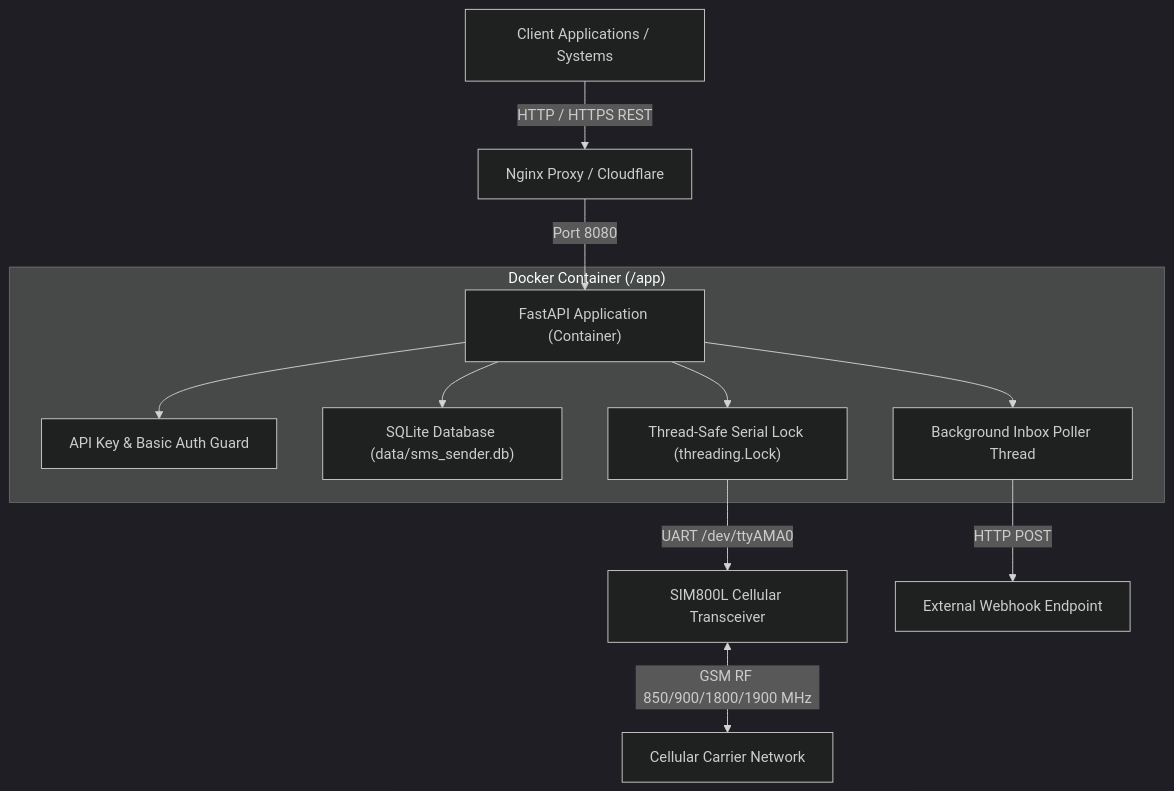
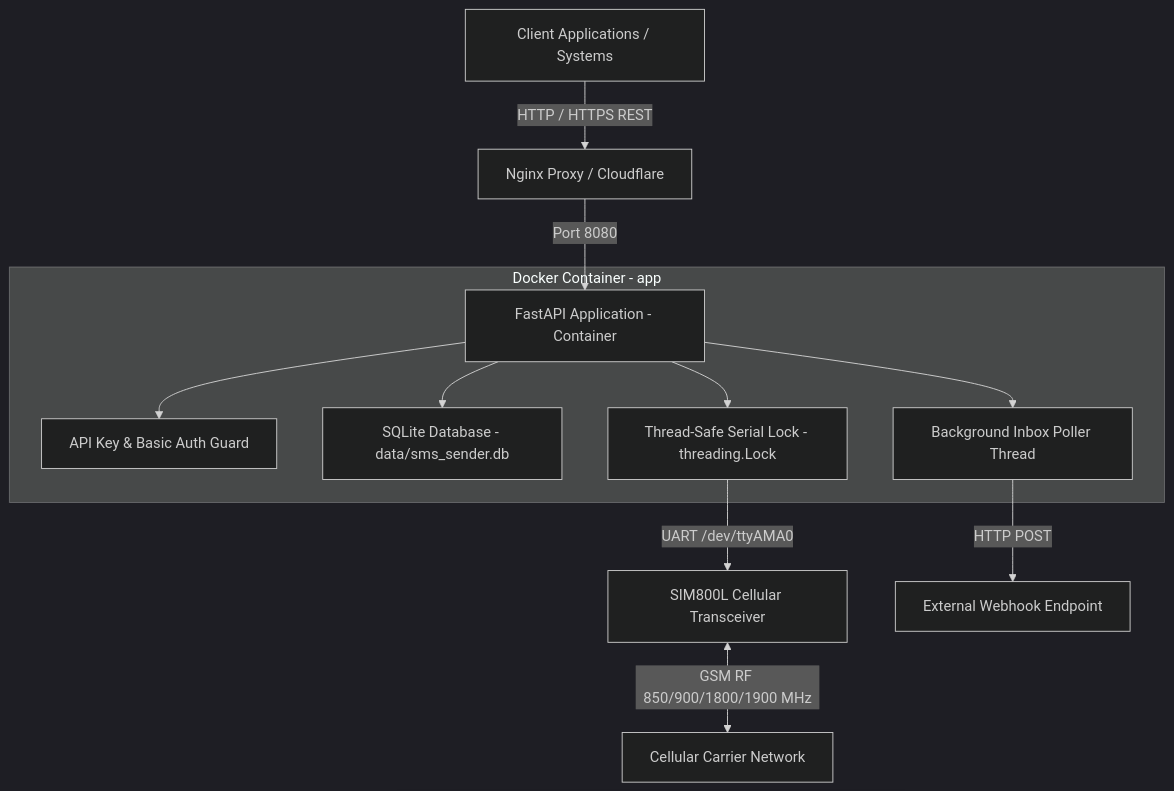
Before and after one commit to avegabros/sms-sender: the first of 6 diagrams in ARCHITECTURE.md, drawn with Mermaid (dark theme). The commit also changed other lines of this file, not shown here.

Commit message:
docs(architecture): fix Mermaid syntax by escaping parens in node labels

````diff
--- a/ARCHITECTURE.md
+++ b/ARCHITECTURE.md
@@ -12,16 +12,16 @@
 ```mermaid
 graph TD
     Client["Client Applications / Systems"] -->|HTTP / HTTPS REST| Proxy["Nginx Proxy / Cloudflare"]
-    Proxy -->|Port 8080| App["FastAPI Application (Container)"]
+    Proxy -->|Port 8080| App["FastAPI Application - Container"]
     
-    subgraph Container ["Docker Container (/app)"]
+    subgraph Container ["Docker Container - app"]
         App --> Auth["API Key & Basic Auth Guard"]
-        App --> DB["SQLite Database (data/sms_sender.db)"]
+        App --> DB["SQLite Database - data/sms_sender.db"]
         App --> Worker["Background Inbox Poller Thread"]
-        App --> Serial["Thread-Safe Serial Lock (threading.Lock)"]
+        App --> Serial["Thread-Safe Serial Lock - threading.Lock"]
     end
     
     Serial -->|UART /dev/ttyAMA0| SIM800L["SIM800L Cellular Transceiver"]
     Worker -->|HTTP POST| Webhook["External Webhook Endpoint"]
     SIM800L <-->|GSM RF 850/900/1800/1900 MHz| Tower["Cellular Carrier Network"]
 ```
````
